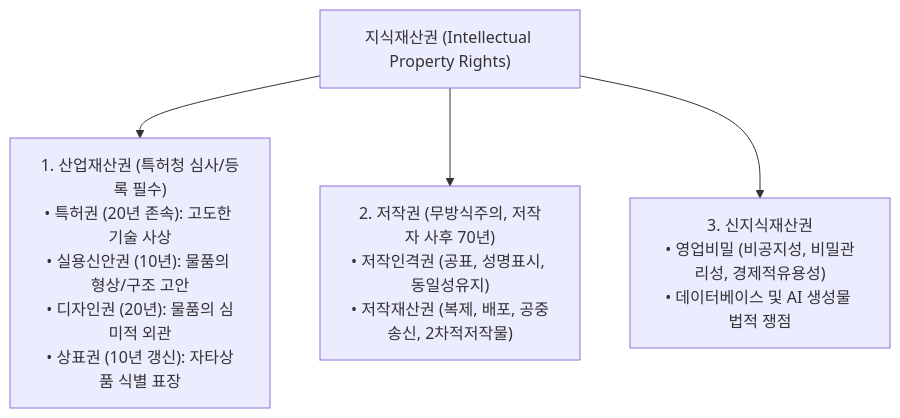
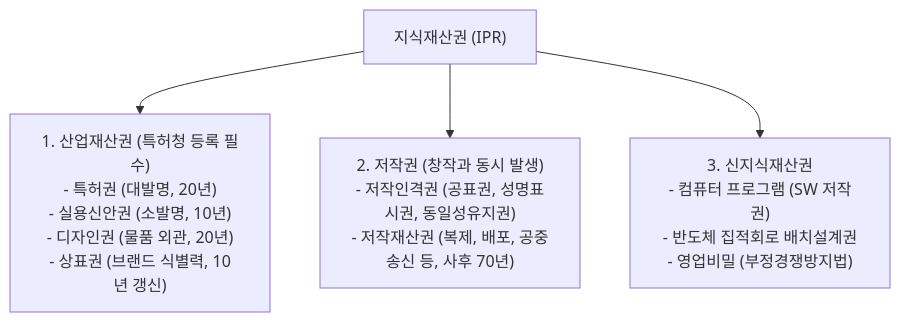
One commit to umyunsang/edu changed the diagram in ComputerScience/07_professional-humanities/intellectual-property/notes/01. 지식재산권 개요와 글로벌 IP 전략.md. Above: the diagram before and after it, drawn with Mermaid. The commit also changed other lines of this file and 19 other files, not shown here.

````diff
--- a/ComputerScience/07_professional-humanities/intellectual-property/notes/01. 지식재산권 개요와 글로벌 IP 전략.md
+++ b/ComputerScience/07_professional-humanities/intellectual-property/notes/01. 지식재산권 개요와 글로벌 IP 전략.md
@@ -33,7 +32,7 @@
 ```mermaid
-flowchart TD
-    IP["지식재산권 (Intellectual Property Rights)"]
-    IP --> IND["1. 산업재산권 (특허청 심사/등록 필수)<br/>• 특허권 (20년 존속): 고도한 기술 사상<br/>• 실용신안권 (10년): 물품의 형상/구조 고안<br/>• 디자인권 (20년): 물품의 심미적 외관<br/>• 상표권 (10년 갱신): 자타상품 식별 표장"]
-    IP --> COP["2. 저작권 (무방식주의, 저작자 사후 70년)<br/>• 저작인격권 (공표, 성명표시, 동일성유지)<br/>• 저작재산권 (복제, 배포, 공중송신, 2차적저작물)"]
-    IP --> NEW["3. 신지식재산권<br/>• 영업비밀 (비공지성, 비밀관리성, 경제적유용성)<br/>• 데이터베이스 및 AI 생성물 법적 쟁점"]
+graph TD
+    IP["지식재산권 (IPR)"]
+    IP --> IND["1. 산업재산권 (특허청 등록 필수)<br/>- 특허권 (대발명, 20년)<br/>- 실용신안권 (소발명, 10년)<br/>- 디자인권 (물품 외관, 20년)<br/>- 상표권 (브랜드 식별력, 10년 갱신)"]
+    IP --> CR["2. 저작권 (창작과 동시 발생)<br/>- 저작인격권 (공표권, 성명표시권, 동일성유지권)<br/>- 저작재산권 (복제, 배포, 공중송신 등, 사후 70년)"]
+    IP --> NEW["3. 신지식재산권<br/>- 컴퓨터 프로그램 (SW 저작권)<br/>- 반도체 집적회로 배치설계권<br/>- 영업비밀 (부정경쟁방지법)"]
 ```
````
